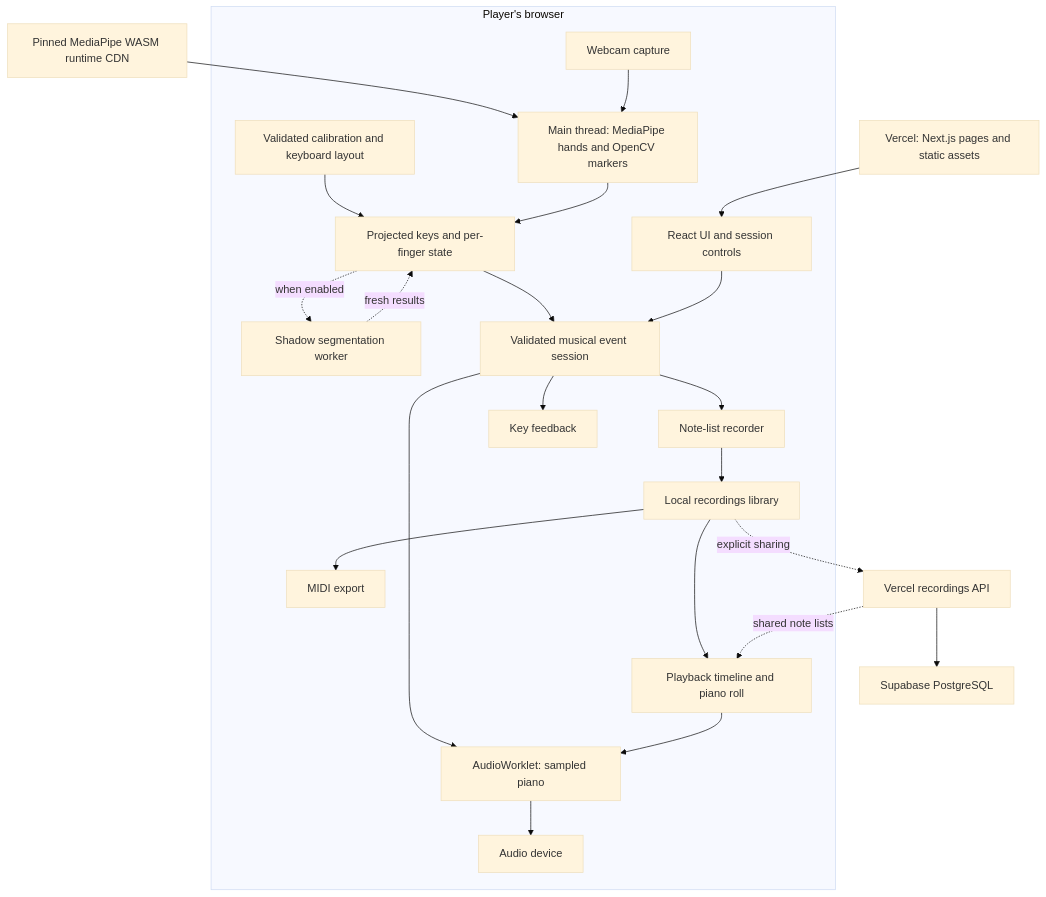
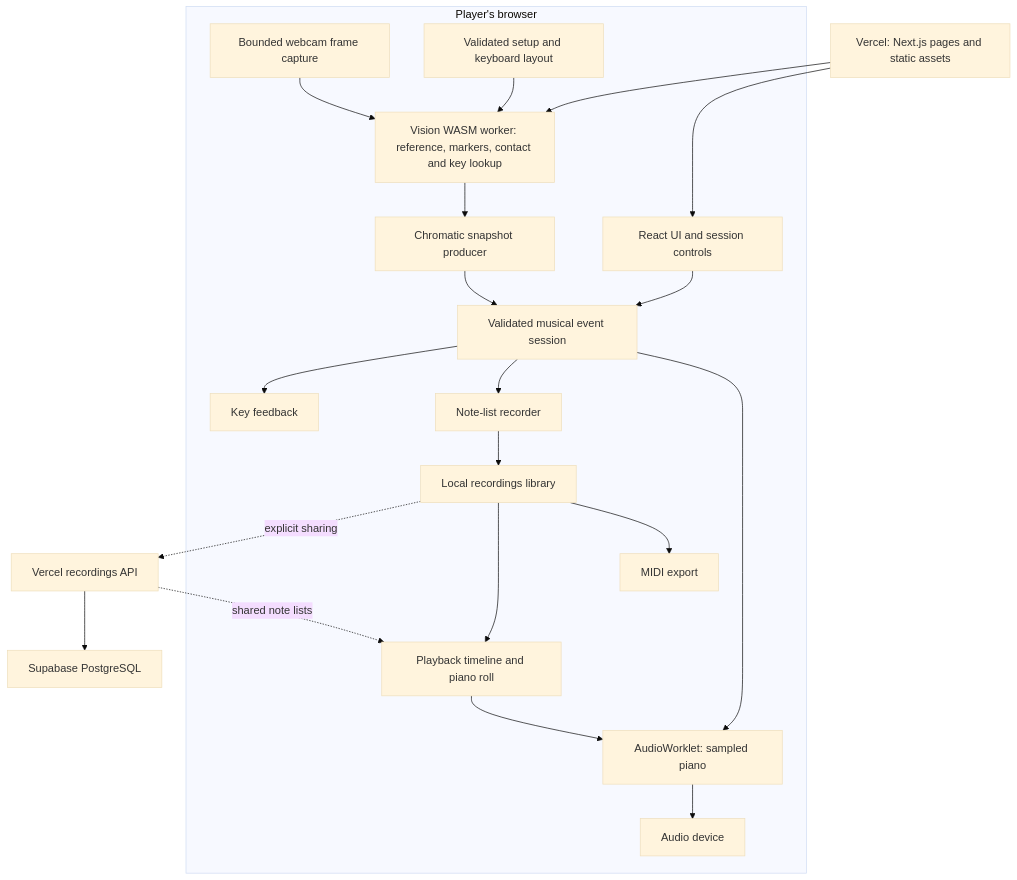
Before and after one commit to Kakrl/MakeShift: the first of 3 diagrams in docs/explanation.md, drawn with Mermaid (base theme). The commit also changed other lines of this file and 85 other files, not shown here.

Commit message:
calibration shortened and removed old CV artifacts like MediaPipe

````diff
--- a/docs/explanation.md
+++ b/docs/explanation.md
@@ -32,26 +32,24 @@
 ```mermaid
 flowchart TB
     Host["Vercel: Next.js pages and static assets"] --> UI
-    Runtime["Pinned MediaPipe WASM runtime CDN"] --> CV
+    Host --> CV
     subgraph Browser["Player's browser"]
         UI["React UI and session controls"]
-        Camera["Webcam capture"] --> CV["Main thread: MediaPipe hands and OpenCV markers"]
-        Calibration["Validated calibration and keyboard layout"] --> Contact
-        CV --> Contact["Projected keys and per-finger state"]
-        Contact -. "when enabled" .-> Worker["Shadow segmentation worker"]
-        Worker -. "fresh results" .-> Contact
-        Contact --> Events["Validated musical event session"]
+        Camera["Bounded webcam frame capture"] --> CV["Vision WASM worker: reference, markers, contact and key lookup"]
+        Calibration["Validated setup and keyboard layout"] --> CV
+        CV --> Producer["Chromatic snapshot producer"]
+        Producer --> Events["Validated musical event session"]
         UI --> Events
         Events --> Audio["AudioWorklet: sampled piano"]
         Audio --> Speakers["Audio device"]
         Events --> Recorder["Note-list recorder"]
         Events --> Feedback["Key feedback"]
         Recorder --> Local["Local recordings library"]
         Local --> MIDI["MIDI export"]
         Local --> Playback["Playback timeline and piano roll"]
         Playback --> Audio
     end
     Local -. "explicit sharing" .-> API["Vercel recordings API"]
     API --> DB["Supabase PostgreSQL"]
     API -. "shared note lists" .-> Playback
 ```
````
